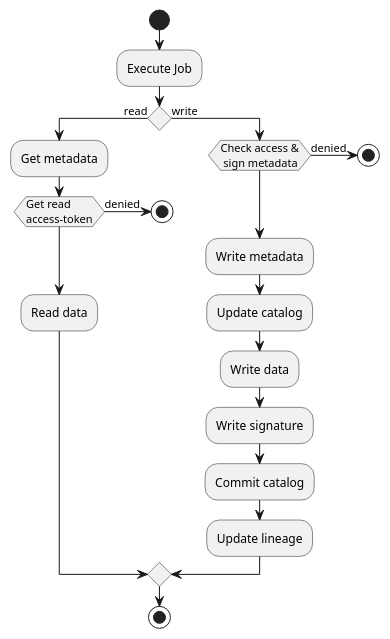
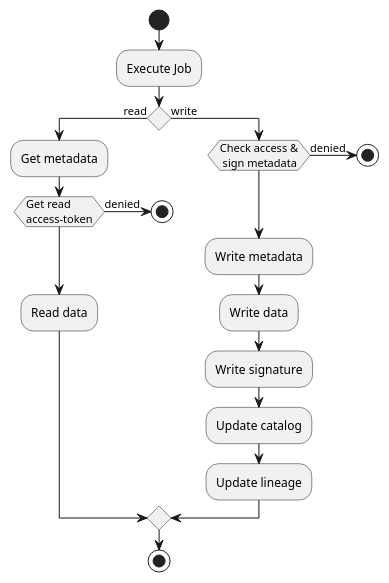
Before and after one commit to statisticsnorway/dapla-project: the diagram in doc/security-read-write-activity.puml, drawn with PlantUML.

Commit message:
Update diagram to reflect that there is no catalog commit action at this point

```diff
--- a/doc/security-read-write-activity.puml
+++ b/doc/security-read-write-activity.puml
@@ -1,26 +1,25 @@
 @startuml
 
 start
 :Execute Job;
 if () then (read)
     :Get metadata;
     if (Get read \naccess-token) then
     else (denied)
         stop
     endif
     :Read data;
 else (write)
     if (Check access &\n sign metadata) then
     else (denied)
         stop
     endif
     :Write metadata;
-    :Update catalog;
     :Write data;
     :Write signature;
-    :Commit catalog;
+    :Update catalog;
     :Update lineage;
 endif
 stop
 
 @enduml
```
